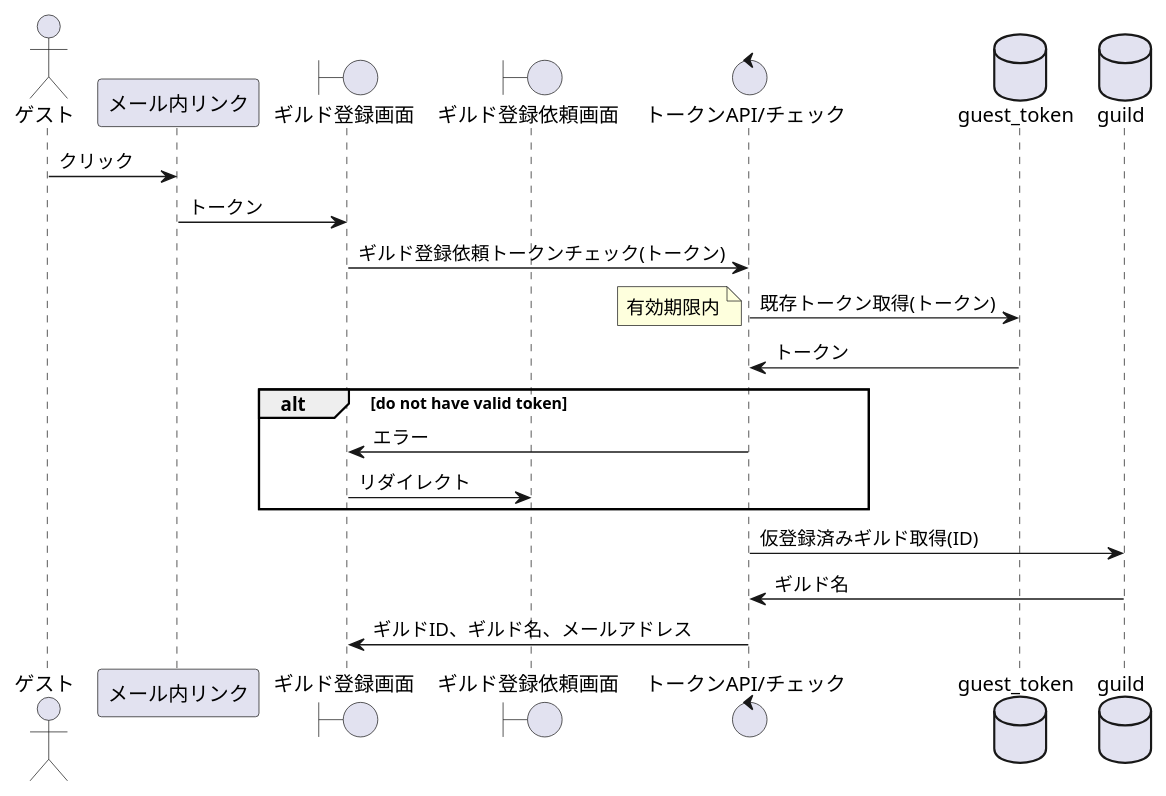
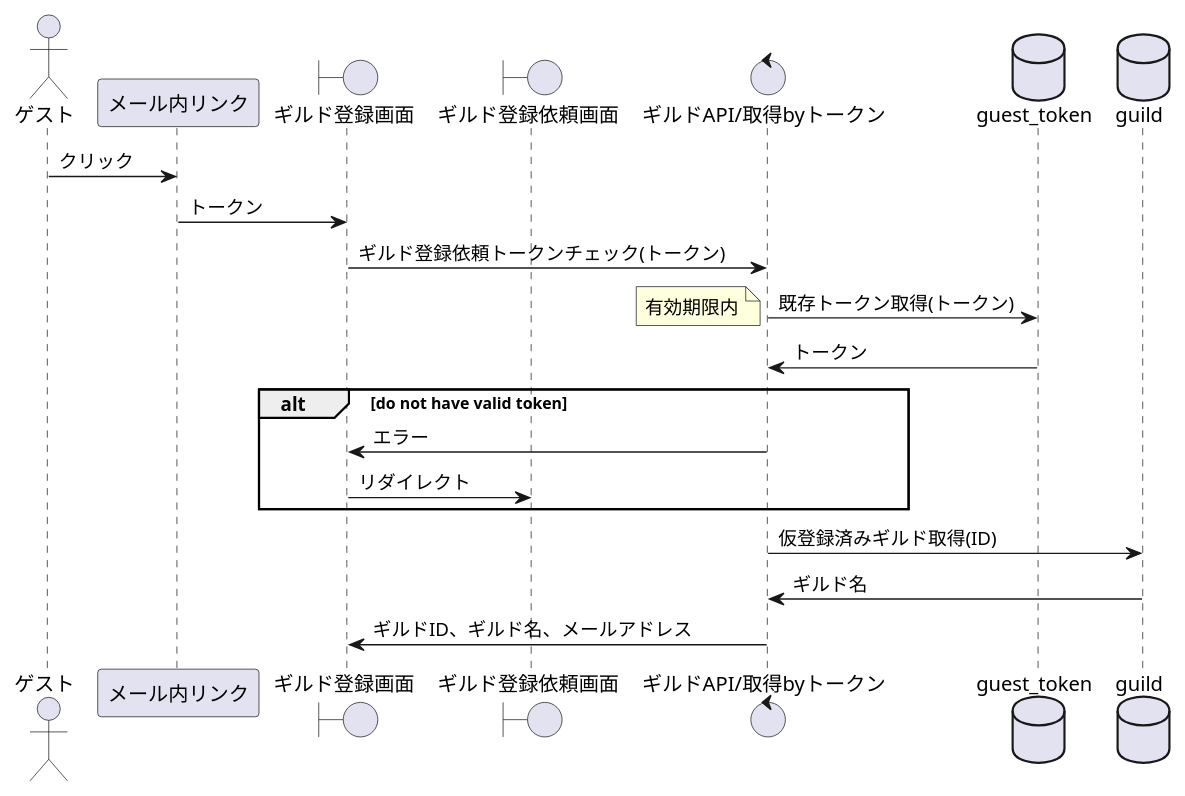
Before and after one commit to sky0621/familiagildo: the diagram in design/sequence/002_ギルド登録FORMを表示する.puml, drawn with PlantUML. The commit also changed 5 other files, not shown here.

```diff
--- a/design/sequence/002_ギルド登録FORMを表示する.puml
+++ b/design/sequence/002_ギルド登録FORMを表示する.puml
@@ -1,25 +1,25 @@
 @startuml
 
 actor ゲスト as guest
 participant メール内リンク as mail
 boundary ギルド登録画面 as page1
 boundary ギルド登録依頼画面 as page2
-control "トークンAPI/チェック" as api1
+control "ギルドAPI/取得byトークン" as api1
 database guest_token
 database guild
 
 guest -> mail:クリック
 mail -> page1:トークン
 page1 -> api1:ギルド登録依頼トークンチェック(トークン)
 api1 -> guest_token:既存トークン取得(トークン)
 note left:有効期限内
 guest_token -> api1:トークン
 alt do not have valid token
 api1 -> page1:エラー
 page1 -> page2:リダイレクト
 end
 api1 -> guild:仮登録済みギルド取得(ID)
 guild -> api1:ギルド名
 api1 -> page1:ギルドID、ギルド名、メールアドレス
 
 @enduml
```
